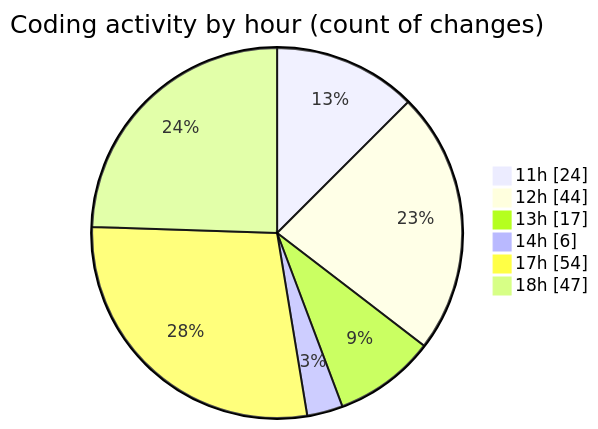
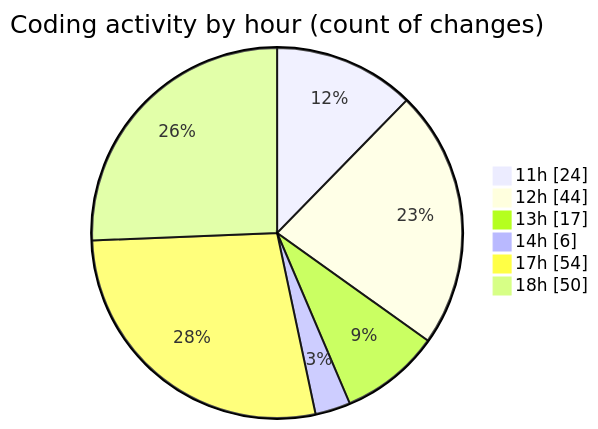
Before and after one commit to nxtqubesakshisongat/code-tracking: the second of 2 diagrams in 2025-05-10/argos-dev/README.md, drawn with Mermaid. The commit also changed other lines of this file and 1 other file, not shown here.

````diff
--- a/2025-05-10/argos-dev/README.md
+++ b/2025-05-10/argos-dev/README.md
@@ -41,10 +41,10 @@
 ```mermaid
 pie showData
 title Coding activity by hour (count of changes)
 "11h" : 24
 "12h" : 44
 "13h" : 17
 "14h" : 6
 "17h" : 54
-"18h" : 47
+"18h" : 50
 ```
````
